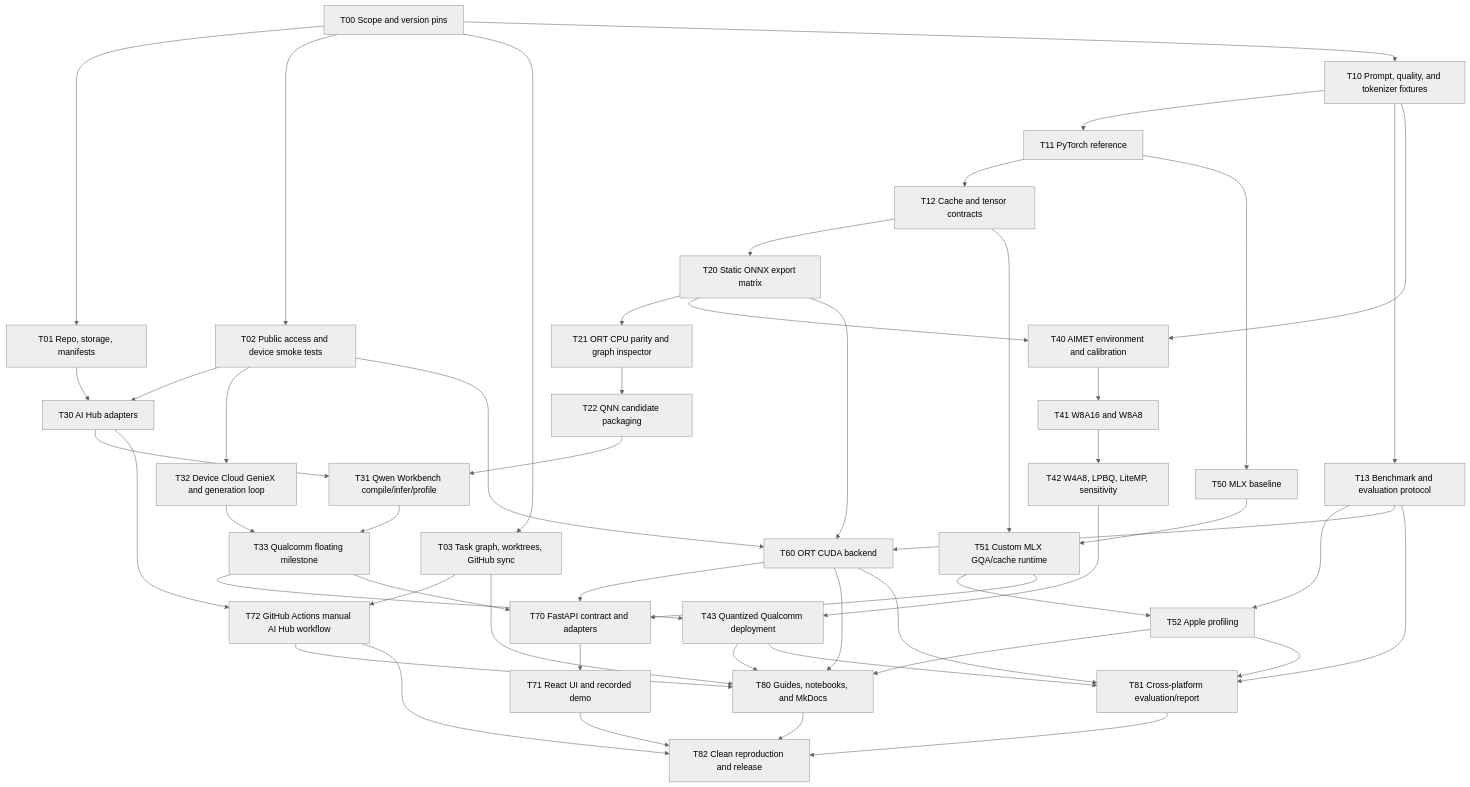
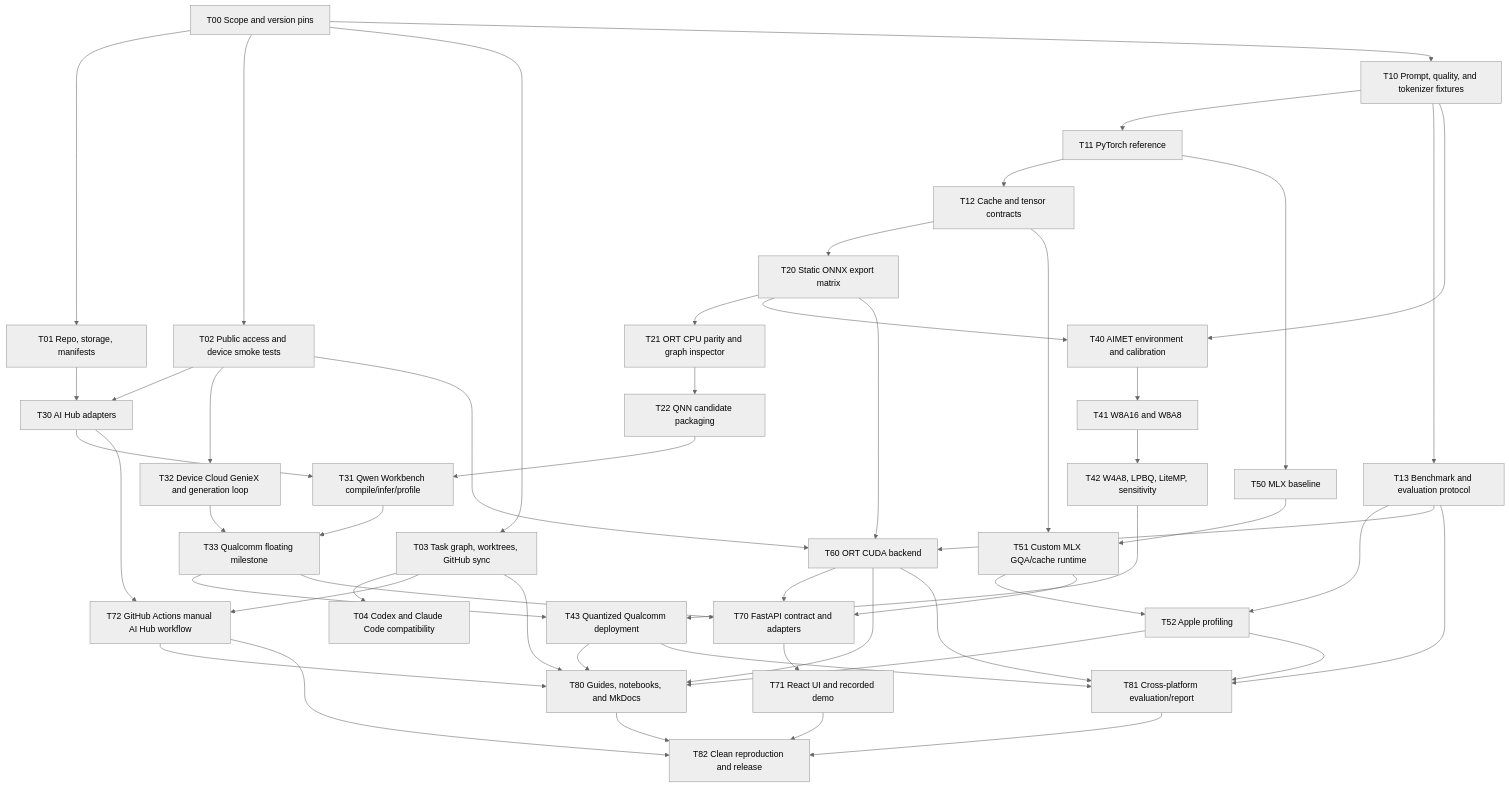
The diagram in docs/project/plan.md (chayut-t/slm-deployment-lab), drawn with Mermaid (neutral theme) before and after one commit. The commit also changed other lines of this file and 4 other files, not shown here.

```diff
--- a/docs/project/plan.md
+++ b/docs/project/plan.md
@@ -822,6 +822,7 @@
     T01["T01 Repo, storage, manifests"]
     T02["T02 Public access and device smoke tests"]
     T03["T03 Task graph, worktrees, GitHub sync"]
+    T04["T04 Codex and Claude Code compatibility"]
 
     T10["T10 Prompt, quality, and tokenizer fixtures"]
     T11["T11 PyTorch reference"]
@@ -858,6 +859,7 @@
     T00 --> T01
     T00 --> T02
     T00 --> T03
+    T03 --> T04
     T00 --> T10
 
     T10 --> T11
```
